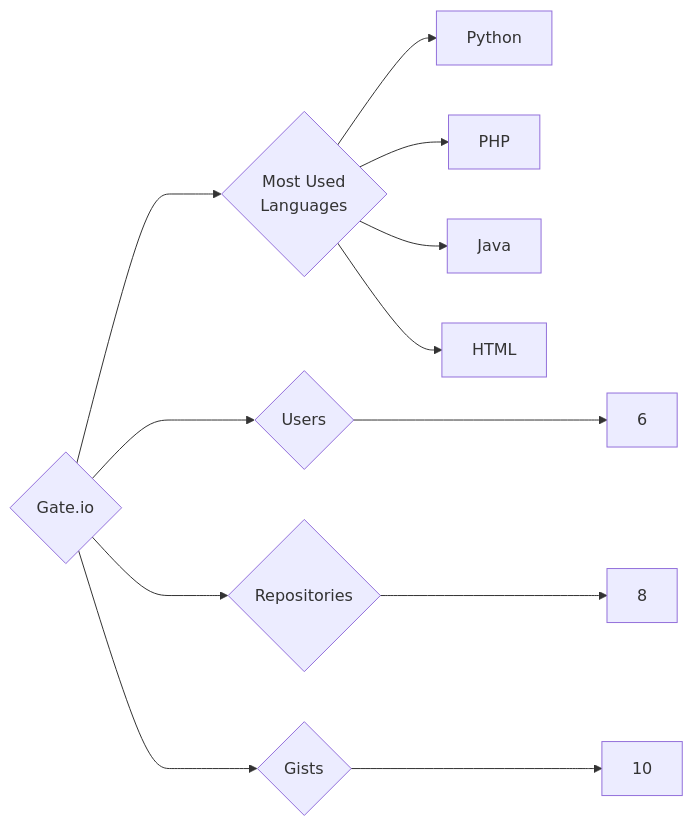
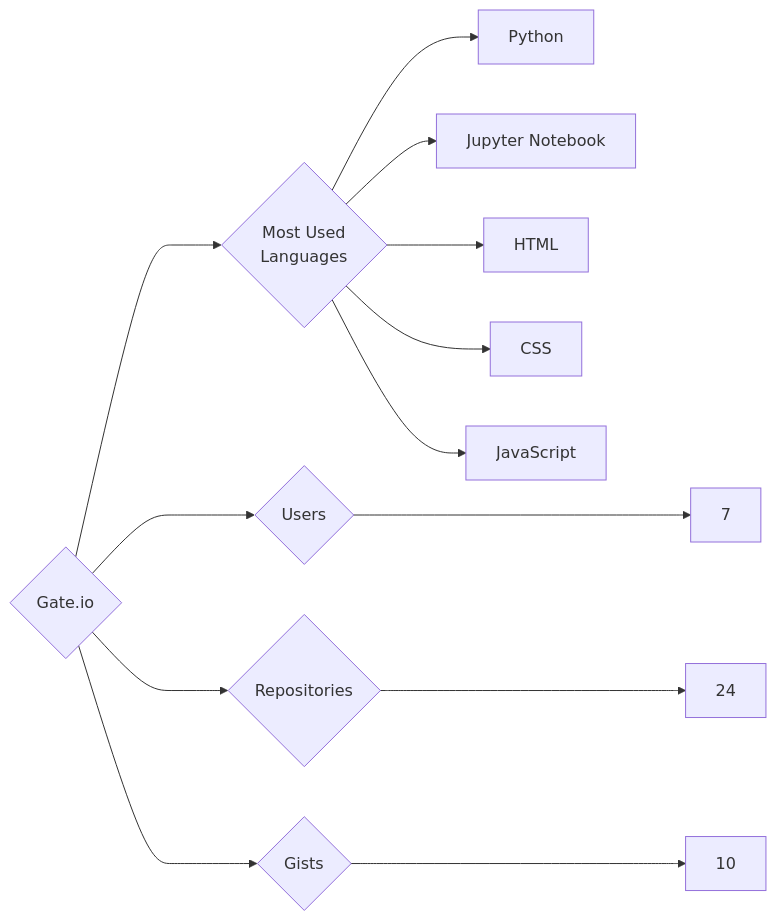
Before and after one commit to trickest/insiders: the diagram in targets/Gate.io/README.md, drawn with Mermaid. The commit also changed 912 other files, not shown here.

````diff
--- a/targets/Gate.io/README.md
+++ b/targets/Gate.io/README.md
@@ -3,12 +3,13 @@
 ```mermaid
 graph LR
 COMPANY_NAME{Gate.io}
-COMPANY_NAME ---> U{Users} ---> UN[6]
-COMPANY_NAME ---> R{Repositories} ---> RN[8]
+COMPANY_NAME ---> U{Users} ---> UN[7]
+COMPANY_NAME ---> R{Repositories} ---> RN[24]
 COMPANY_NAME ---> G{Gists} ---> GN[10]
 COMPANY_NAME ---> ML{Most Used<br>Languages}
 ML --> Python[Python]
-ML --> PHP[PHP]
-ML --> Java[Java]
+ML --> Jupyter_Notebook[Jupyter Notebook]
 ML --> HTML[HTML]
+ML --> CSS[CSS]
+ML --> JavaScript[JavaScript]
 ```
````
